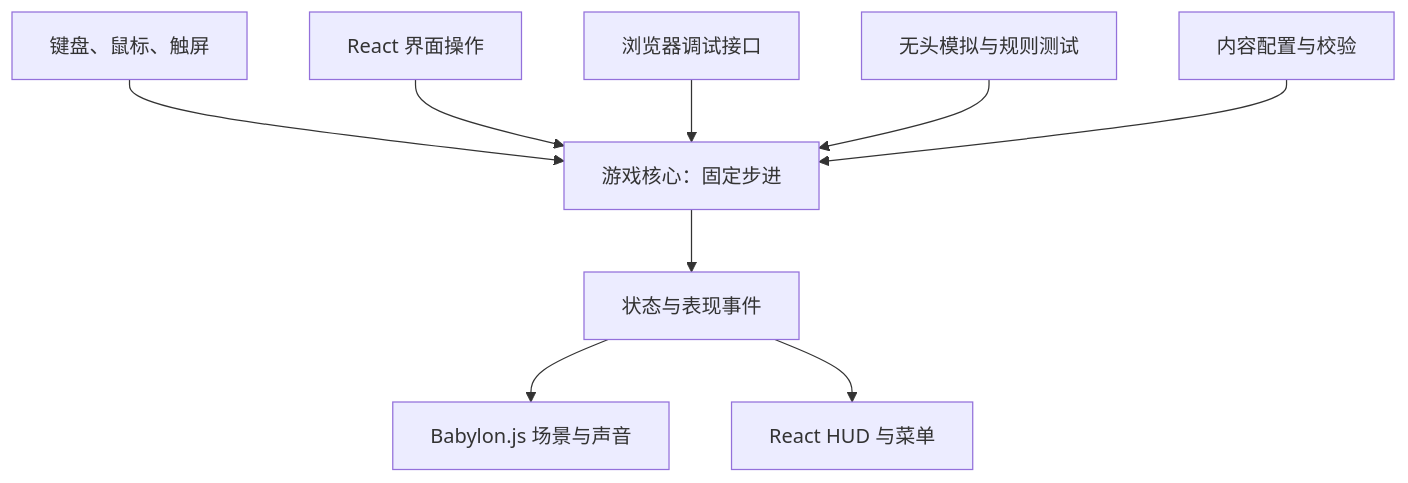
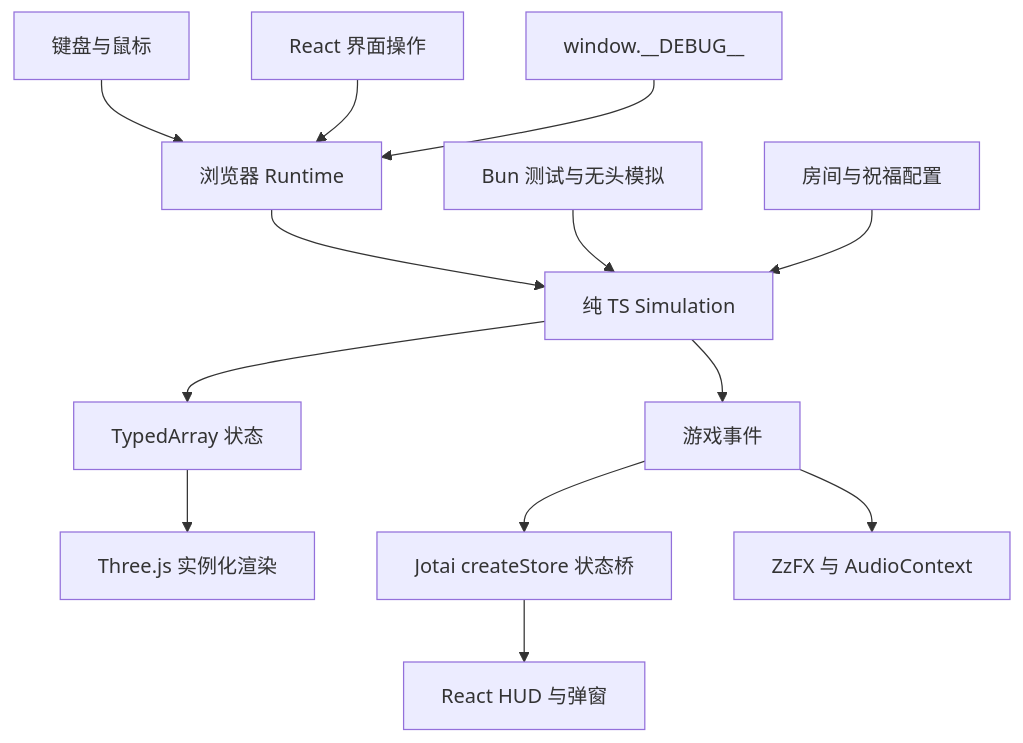
The diagram in docs/design.md (mameikagou/dungeon-weaver), drawn with Mermaid before and after one commit. The commit also changed other lines of this file and 32 other files, not shown here.

Commit message:
feat: build playable TypeScript roguelike with Three.js and Jotai

````diff
--- a/docs/design.md
+++ b/docs/design.md
@@ -37,11 +17,15 @@
 ```mermaid
 flowchart TD
-    Input[键盘、鼠标、触屏] --> Core[游戏核心：固定步进]
-    UI[React 界面操作] --> Core
-    Debug[浏览器调试接口] --> Core
-    CLI[无头模拟与规则测试] --> Core
-    Content[内容配置与校验] --> Core
-    Core --> State[状态与表现事件]
-    State --> View[Babylon.js 场景与声音]
-    State --> HUD[React HUD 与菜单]
+    Input[键盘与鼠标] --> Runtime[浏览器 Runtime]
+    UICommand[React 界面操作] --> Runtime
+    Debug[window.__DEBUG__] --> Runtime
+    Runtime --> Core[纯 TS Simulation]
+    Bun[Bun 测试与无头模拟] --> Core
+    Content[房间与祝福配置] --> Core
+    Core --> Pools[TypedArray 状态]
+    Pools --> Render[Three.js 实例化渲染]
+    Core --> Events[游戏事件]
+    Events --> Bridge[Jotai createStore 状态桥]
+    Bridge --> UI[React HUD 与弹窗]
+    Events --> Audio[ZzFX 与 AudioContext]
 ```
````
